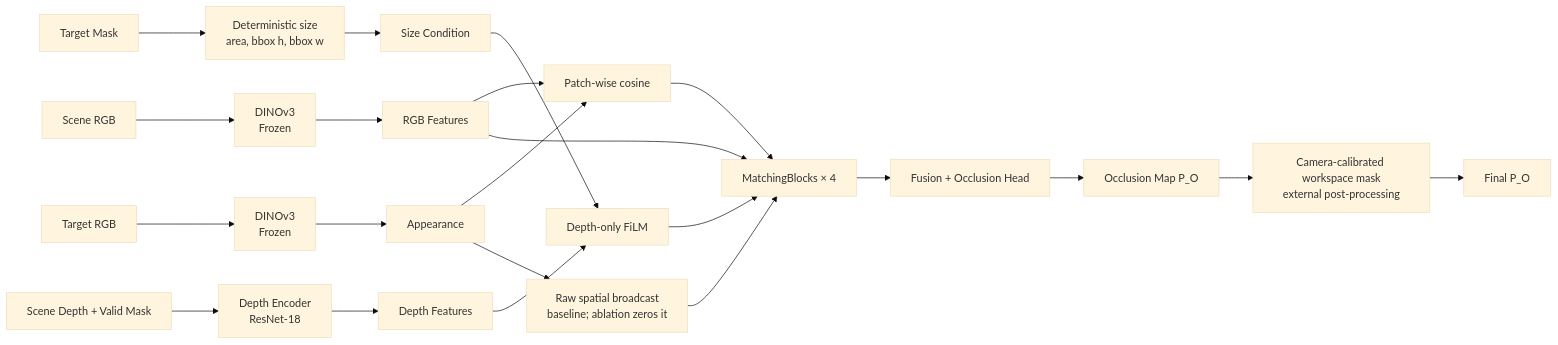
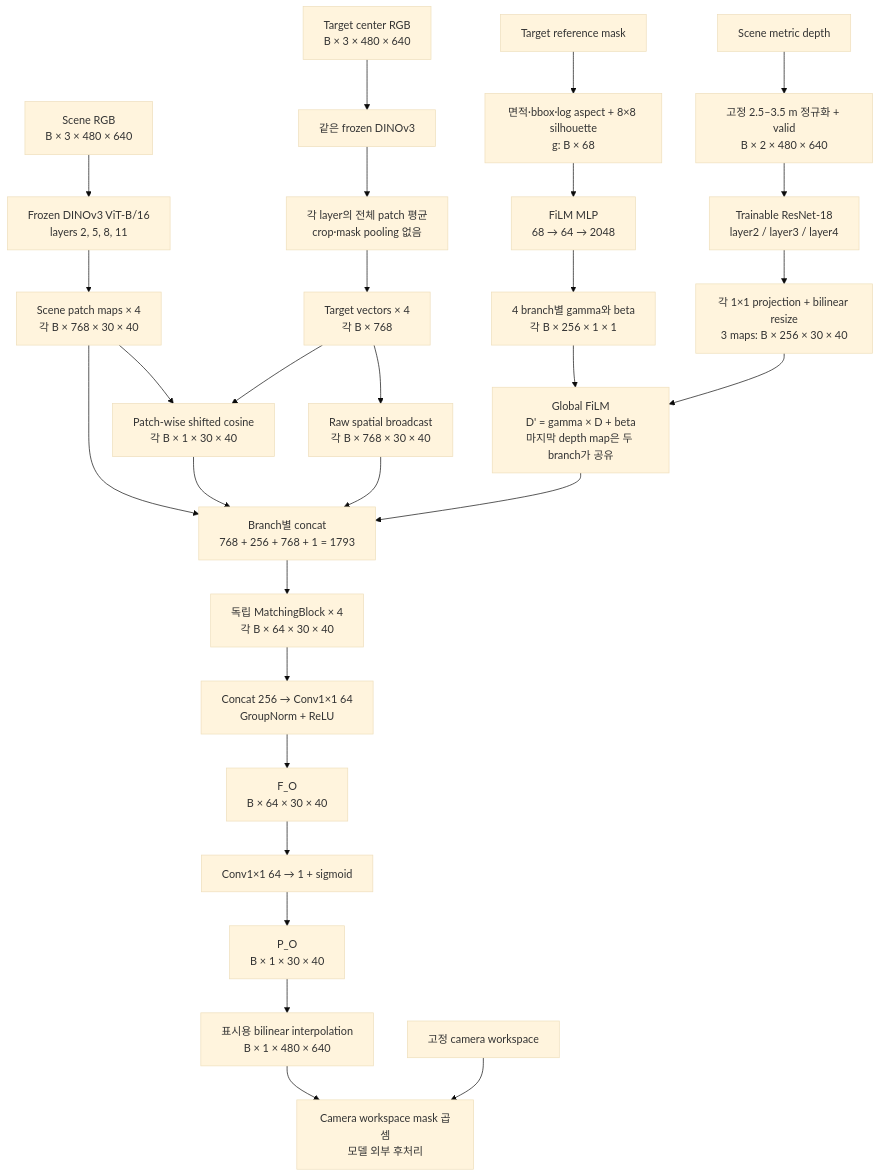
One commit to JeonHaneul/2D-PDM_DINOv3 changed the third of 7 diagrams in README.md. Above: the diagram before and after it, drawn with Mermaid (base theme). The commit also changed other lines of this file and 1 other file, not shown here.

Commit message:
docs: organize stream architectures, supervision, and design rationale

````diff
--- a/README.md
+++ b/README.md
@@ -1015,20 +434,31 @@
 ```mermaid
-flowchart LR
-    SRGB["Scene RGB"] --> DINO_S["DINOv3<br/>Frozen"] --> FRGB["RGB Features"]
-    SDEPTH["Scene Depth + Valid Mask"] --> DENC["Depth Encoder<br/>ResNet-18"] --> FDEPTH["Depth Features"]
-
-    TRGB["Target RGB"] --> DINO_T["DINOv3<br/>Frozen"] --> TAPP["Appearance"]
-    TMASK["Target Mask"] --> SIZE["Deterministic size<br/>area, bbox h, bbox w"] --> TGEO["Size Condition"]
-
-    TGEO --> FILM["Depth-only FiLM"]
-    FDEPTH --> FILM
-    FRGB --> COS["Patch-wise cosine"]
-    TAPP --> COS
-    TAPP --> BCAST["Raw spatial broadcast<br/>baseline; ablation zeros it"]
-    BCAST --> MATCH["MatchingBlocks × 4"]
-    FRGB --> MATCH
-    FILM --> MATCH
-    COS --> MATCH
-    MATCH --> HEAD["Fusion + Occlusion Head"] --> PO["Occlusion Map P_O"]
-    PO --> WMASK["Camera-calibrated workspace mask<br/>external post-processing"] --> PFINAL["Final P_O"]
+flowchart TD
+    SR["Scene RGB<br/>B × 3 × 480 × 640"] --> DS["Frozen DINOv3 ViT-B/16<br/>layers 2, 5, 8, 11"]
+    DS --> XS["Scene patch maps × 4<br/>각 B × 768 × 30 × 40"]
+    TR["Target center RGB<br/>B × 3 × 480 × 640"] --> DT["같은 frozen DINOv3"]
+    DT --> AVG["각 layer의 전체 patch 평균<br/>crop·mask pooling 없음"]
+    AVG --> Q["Target vectors × 4<br/>각 B × 768"]
+    Q --> BC["Raw spatial broadcast<br/>각 B × 768 × 30 × 40"]
+    Q --> COS["Patch-wise shifted cosine<br/>각 B × 1 × 30 × 40"]
+    XS --> COS
+    DEP["Scene metric depth"] --> DN["고정 2.5–3.5 m 정규화 + valid<br/>B × 2 × 480 × 640"]
+    DN --> DE["Trainable ResNet-18<br/>layer2 / layer3 / layer4"]
+    DE --> DP["각 1×1 projection + bilinear resize<br/>3 maps: B × 256 × 30 × 40"]
+    TM["Target reference mask"] --> GEO["면적·bbox·log aspect + 8×8 silhouette<br/>g: B × 68"]
+    GEO --> GM["FiLM MLP<br/>68 → 64 → 2048"]
+    GM --> GB["4 branch별 gamma와 beta<br/>각 B × 256 × 1 × 1"]
+    DP --> FI["Global FiLM<br/>D' = gamma × D + beta<br/>마지막 depth map은 두 branch가 공유"]
+    GB --> FI
+    XS --> CAT["Branch별 concat<br/>768 + 256 + 768 + 1 = 1793"]
+    FI --> CAT
+    BC --> CAT
+    COS --> CAT
+    CAT --> MB["독립 MatchingBlock × 4<br/>각 B × 64 × 30 × 40"]
+    MB --> FUSE["Concat 256 → Conv1×1 64<br/>GroupNorm + ReLU"]
+    FUSE --> FO["F_O<br/>B × 64 × 30 × 40"]
+    FO --> HD["Conv1×1 64 → 1 + sigmoid"]
+    HD --> PO["P_O<br/>B × 1 × 30 × 40"]
+    PO --> UP["표시용 bilinear interpolation<br/>B × 1 × 480 × 640"]
+    UP --> MASK["Camera workspace mask 곱셈<br/>모델 외부 후처리"]
+    WM["고정 camera workspace"] --> MASK
 ```
````
